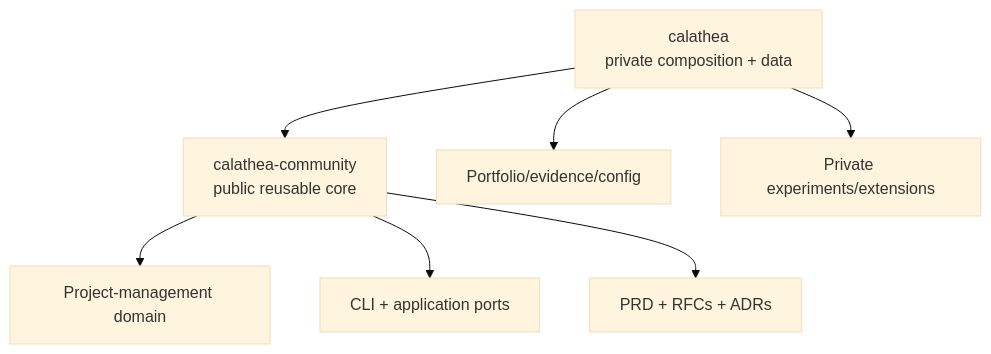
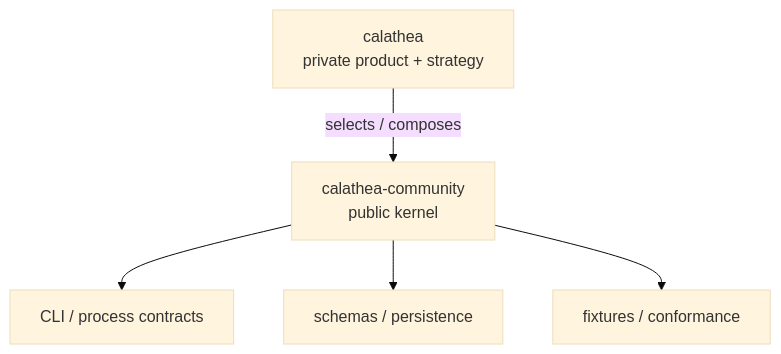
The second of 2 diagrams in README.md (hackelia-micrantha/calathea-community), drawn with Mermaid (base theme) before and after one commit. The commit also changed other lines of this file, not shown here.

Commit message:
docs: reposition community repo as public kernel

````diff
--- a/README.md
+++ b/README.md
@@ -241,9 +96,7 @@
 ```mermaid
 flowchart TB
-    Private[calathea\nprivate composition + data] --> Public[calathea-community\npublic reusable core]
-    Public --> Domain[Project-management domain]
-    Public --> CLI[CLI + application ports]
-    Public --> Contracts[PRD + RFCs + ADRs]
-    Private --> PrivateData[Portfolio/evidence/config]
-    Private --> PrivateExt[Private experiments/extensions]
+    Product[calathea\nprivate product + strategy] -->|selects / composes| Kernel[calathea-community\npublic kernel]
+    Kernel --> CLI[CLI / process contracts]
+    Kernel --> Schemas[schemas / persistence]
+    Kernel --> Tests[fixtures / conformance]
 ```
````
